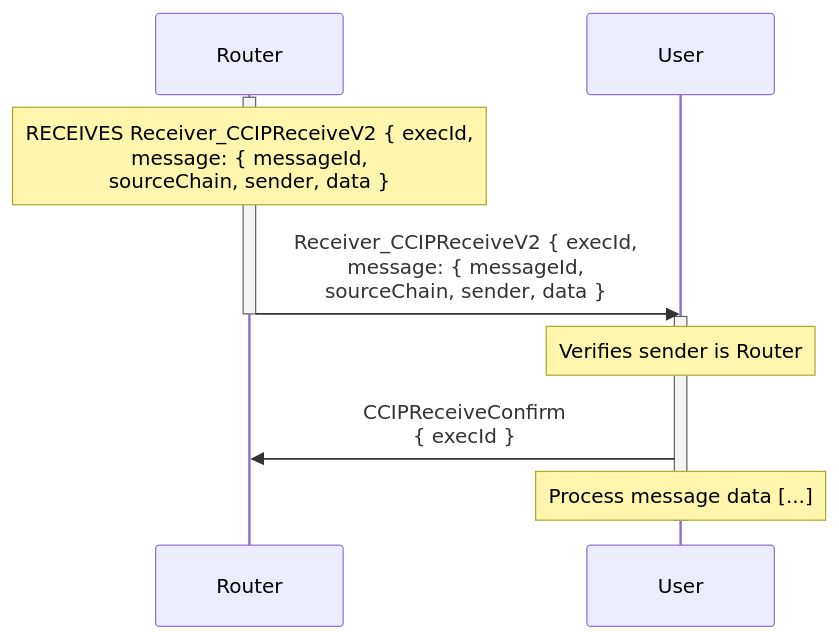
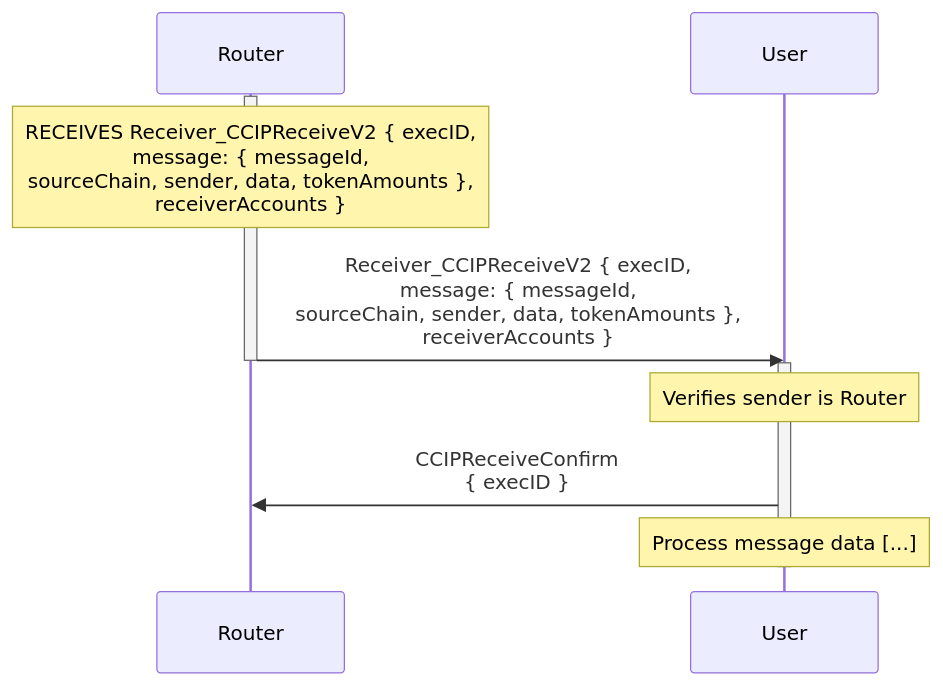
The first of 3 diagrams in docs/contracts/overview/ccip/router/user-interface/receiver.md (smartcontractkit/chainlink-ton), drawn with Mermaid before and after one commit. The commit also changed other lines of this file and 75 other files, not shown here.

````diff
--- a/docs/contracts/overview/ccip/router/user-interface/receiver.md
+++ b/docs/contracts/overview/ccip/router/user-interface/receiver.md
@@ -20,18 +22,18 @@
 ```mermaid
 sequenceDiagram
     participant R as Router
     participant U as User
 
     activate R
-    Note over R: RECEIVES Receiver_CCIPReceiveV2 { execId,<br>message: { messageId,<br>sourceChain, sender, data }
-    R ->> U: Receiver_CCIPReceiveV2 { execId,<br>message: { messageId,<br>sourceChain, sender, data }
+    Note over R: RECEIVES Receiver_CCIPReceiveV2 { execID,<br>message: { messageId,<br>sourceChain, sender, data, tokenAmounts },<br>receiverAccounts }
+    R ->> U: Receiver_CCIPReceiveV2 { execID,<br>message: { messageId,<br>sourceChain, sender, data, tokenAmounts },<br>receiverAccounts }
     deactivate R
 
 
 
     activate U
     Note over U: Verifies sender is Router
-    U ->> R: CCIPReceiveConfirm<br>{ execId }
+    U ->> R: CCIPReceiveConfirm<br>{ execID }
     Note over U: Process message data [...]
     deactivate U
 ```
````
